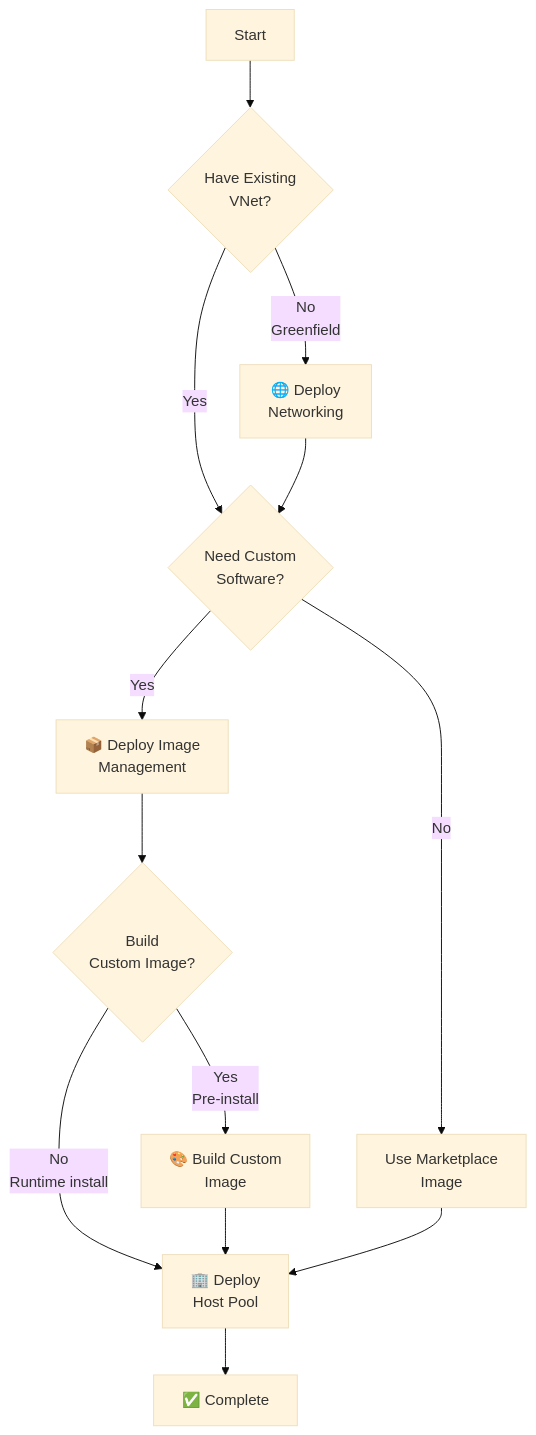
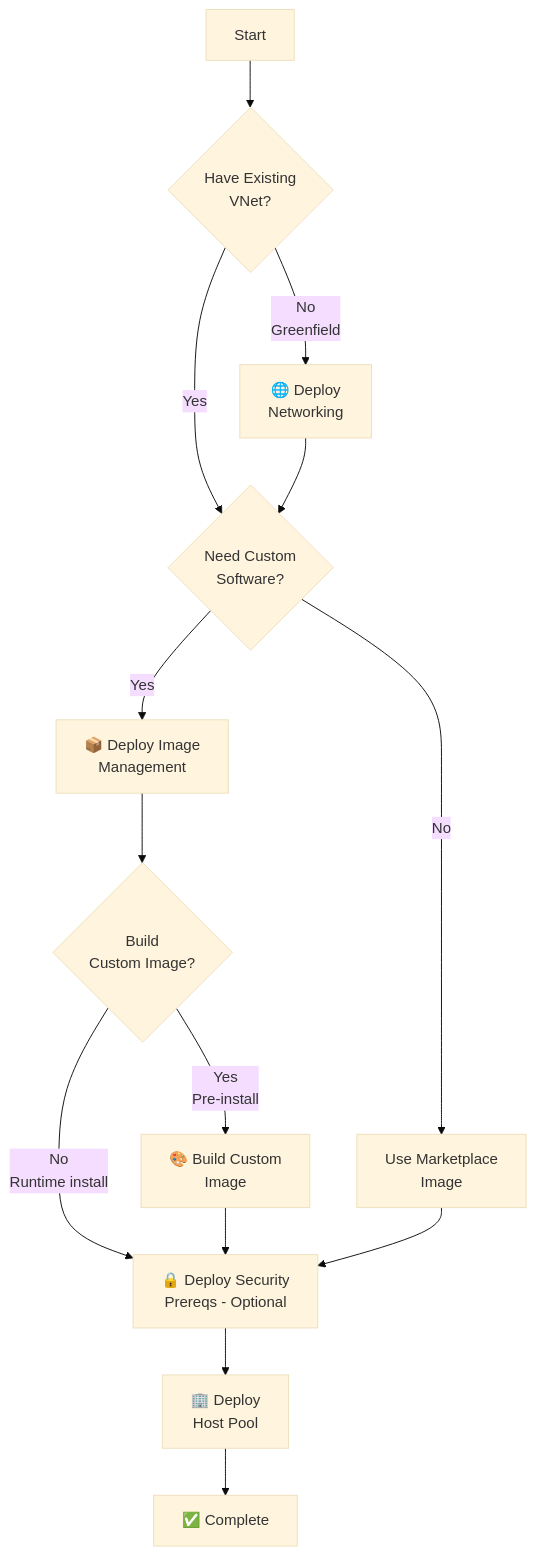
The diagram in README.md (Azure/FederalAVD), drawn with Mermaid (base theme) before and after one commit. The commit also changed other lines of this file and 39 other files, not shown here.

````diff
--- a/README.md
+++ b/README.md
@@ -36,15 +37,16 @@
 ```mermaid
 graph TD
     A[Start] --> B{Have Existing<br/>VNet?}
     B -->|No<br/>Greenfield| C[🌐 Deploy<br/>Networking]
     B -->|Yes| D{Need Custom<br/>Software?}
     C --> D
     D -->|Yes| E[📦 Deploy Image<br/>Management]
     D -->|No| F[Use Marketplace<br/>Image]
     E --> G{Build<br/>Custom Image?}
     G -->|Yes<br/>Pre-install| H[🎨 Build Custom<br/>Image]
-    G -->|No<br/>Runtime install| I[🏢 Deploy<br/>Host Pool]
-    H --> I
-    F --> I
+    G -->|No<br/>Runtime install| SEC
+    H --> SEC
+    F --> SEC
+    SEC[🔒 Deploy Security<br/>Prereqs - Optional] --> I[🏢 Deploy<br/>Host Pool]
     I --> J[✅ Complete]
 ```
````
